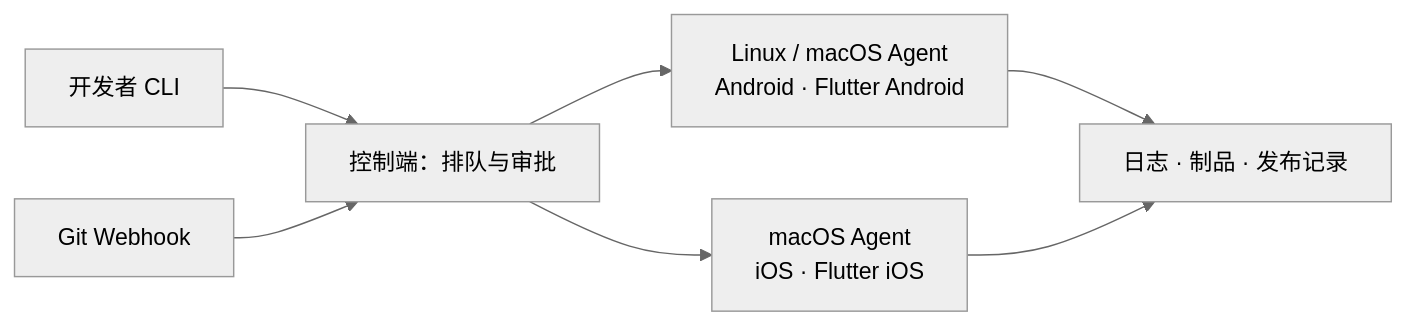
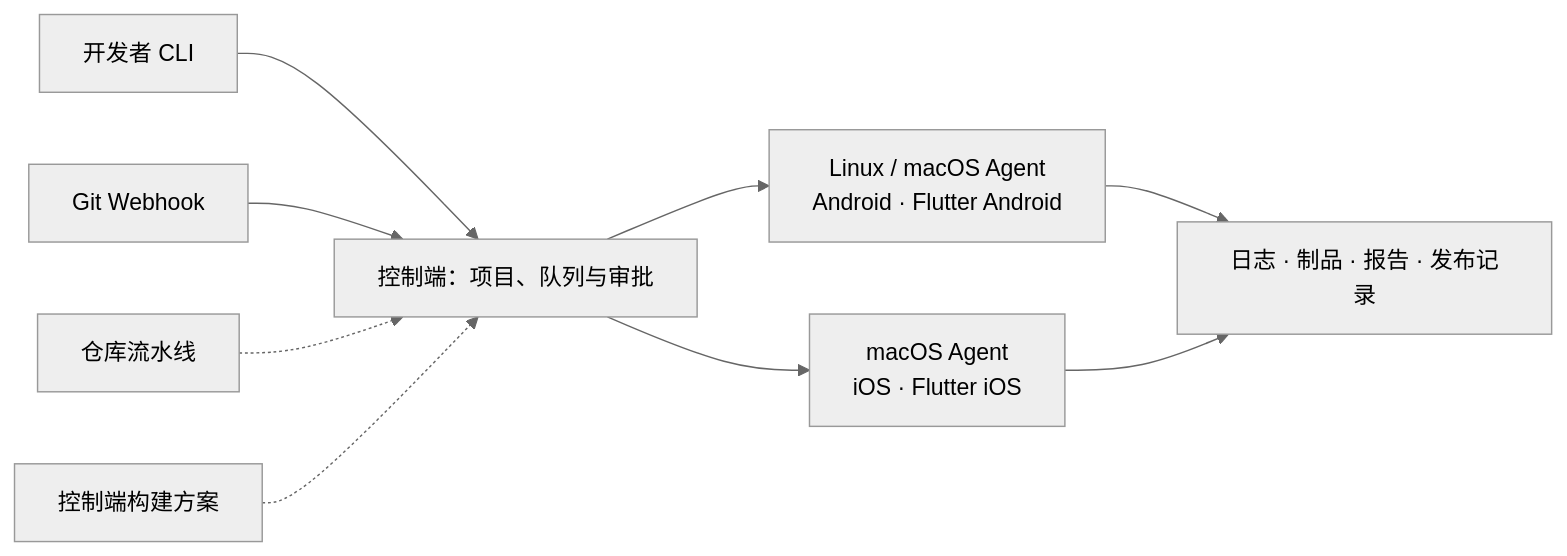
Before and after one commit to aiShuiJiaoDeXioShou/mybuilds: the diagram in README.md, drawn with Mermaid (neutral theme). The commit also changed other lines of this file, not shown here.

````diff
--- a/README.md
+++ b/README.md
@@ -134,9 +202,11 @@
 ```mermaid
 flowchart LR
-    CLI[开发者 CLI] --> Server[控制端：排队与审批]
+    CLI[开发者 CLI] --> Server[控制端：项目、队列与审批]
     Git[Git Webhook] --> Server
-    Server --> Android[Linux / macOS Agent<br/>Android · Flutter Android]
-    Server --> Apple[macOS Agent<br/>iOS · Flutter iOS]
-    Android --> Results[日志 · 制品 · 发布记录]
-    Apple --> Results
+    Repo[仓库流水线] -.-> Server
+    Profiles[控制端构建方案] -.-> Server
+    Server --> Linux[Linux / macOS Agent<br/>Android · Flutter Android]
+    Server --> Mac[macOS Agent<br/>iOS · Flutter iOS]
+    Linux --> Results[日志 · 制品 · 报告 · 发布记录]
+    Mac --> Results
 ```
````
